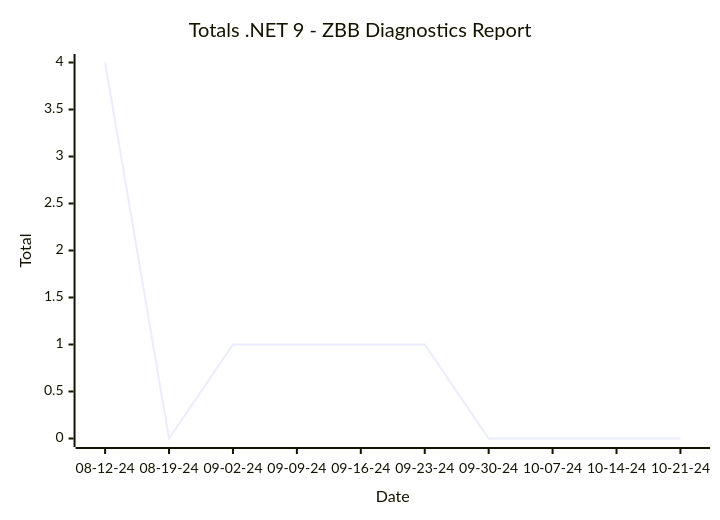
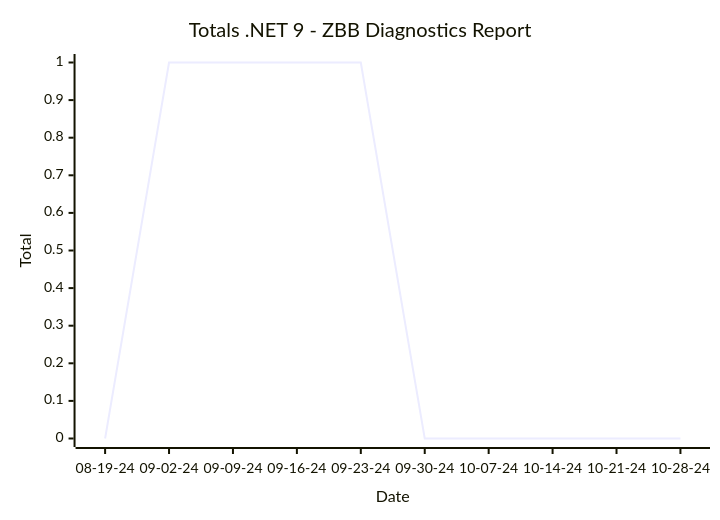
One commit to hoyosjs/gh-issue-tracker changed the second of 2 diagrams in reports/README.md. Above: the diagram before and after it, drawn with Mermaid. The commit also changed other lines of this file and 4 other files, not shown here.

````diff
--- a/reports/README.md
+++ b/reports/README.md
@@ -24,7 +24,7 @@
 ```mermaid
 xychart-beta
   title "Totals .NET 9 - ZBB Diagnostics Report"
-  x-axis "Date" ["08-12-24", "08-19-24", "09-02-24", "09-09-24", "09-16-24", "09-23-24", "09-30-24", "10-07-24", "10-14-24", "10-21-24"]
+  x-axis "Date" ["08-19-24", "09-02-24", "09-09-24", "09-16-24", "09-23-24", "09-30-24", "10-07-24", "10-14-24", "10-21-24", "10-28-24"]
   y-axis "Total"
-  line [4, 0, 1, 1, 1, 1, 0, 0, 0, 0]
+  line [0, 1, 1, 1, 1, 0, 0, 0, 0, 0]
 ```
````
